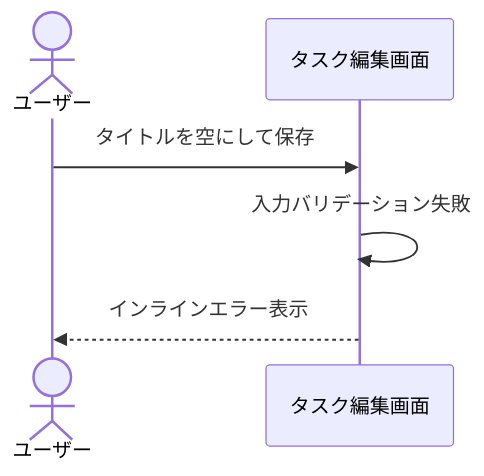
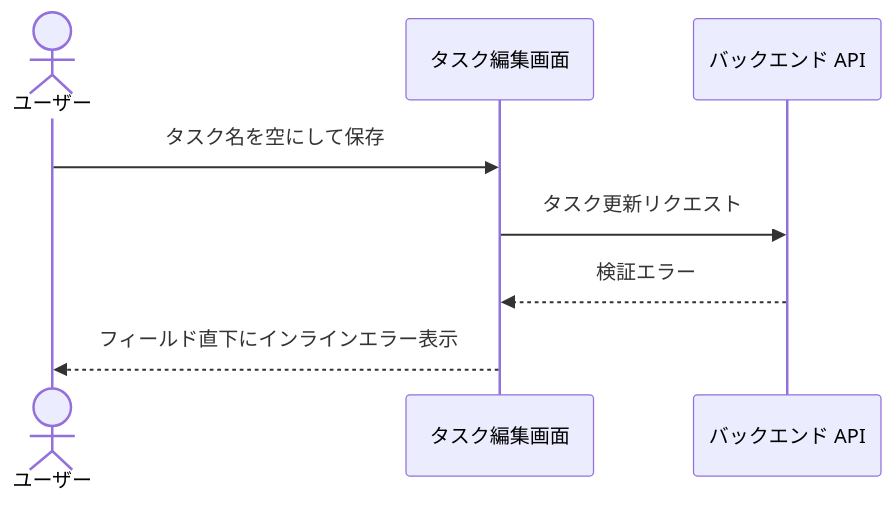
Before and after one commit to shuhei1101/ai-monitor-e2e: the second of 2 diagrams in docs/wiki/設計図/シナリオ/単一ユースケース/タスク編集.md, drawn with Mermaid. The commit also changed other lines of this file, not shown here.

Commit message:
docs: 単一UC シナリオ（タスク編集）を追加

````diff
--- a/docs/wiki/設計図/シナリオ/単一ユースケース/タスク編集.md
+++ b/docs/wiki/設計図/シナリオ/単一ユースケース/タスク編集.md
@@ -47,9 +48,11 @@
 ```mermaid
 sequenceDiagram
   actor U as ユーザー
   participant FE as タスク編集画面
+  participant BE as バックエンド API
 
-  U->>FE: タイトルを空にして保存
-  FE->>FE: 入力バリデーション失敗
-  FE-->>U: インラインエラー表示
+  U->>FE: タスク名を空にして保存
+  FE->>BE: タスク更新リクエスト
+  BE-->>FE: 検証エラー
+  FE-->>U: フィールド直下にインラインエラー表示
 ```
````
